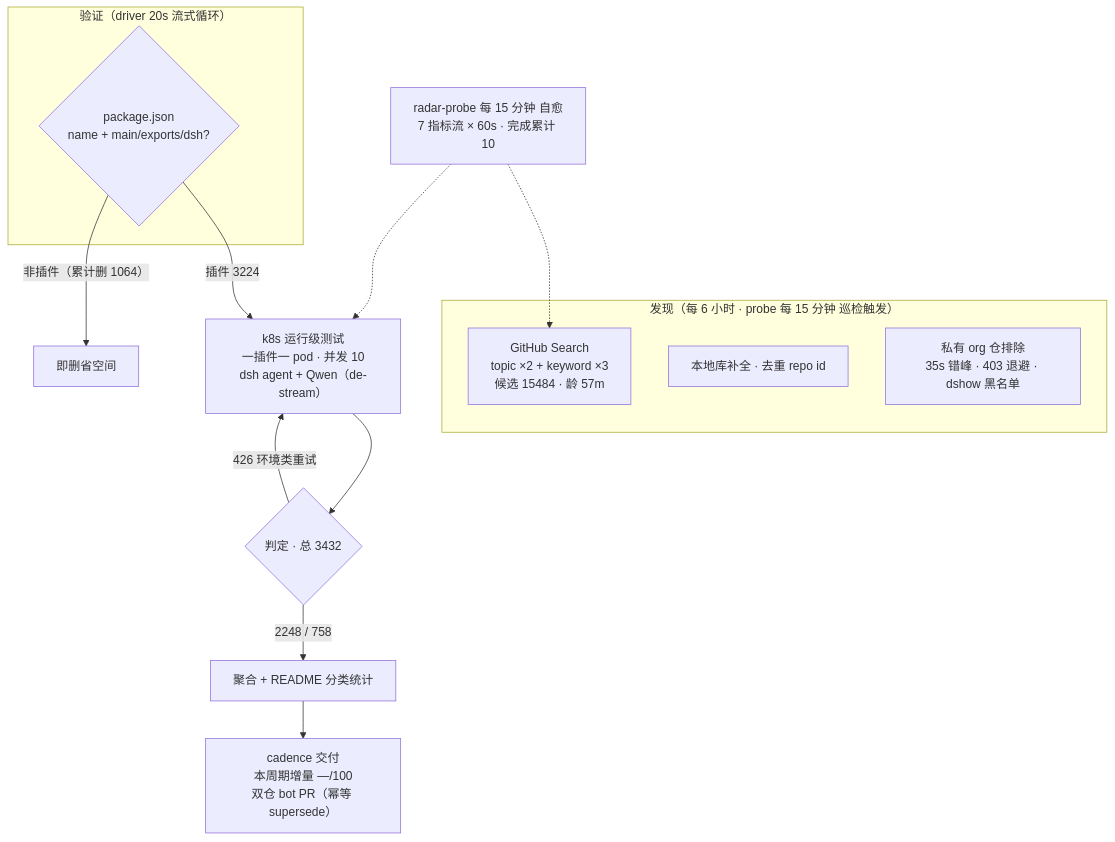
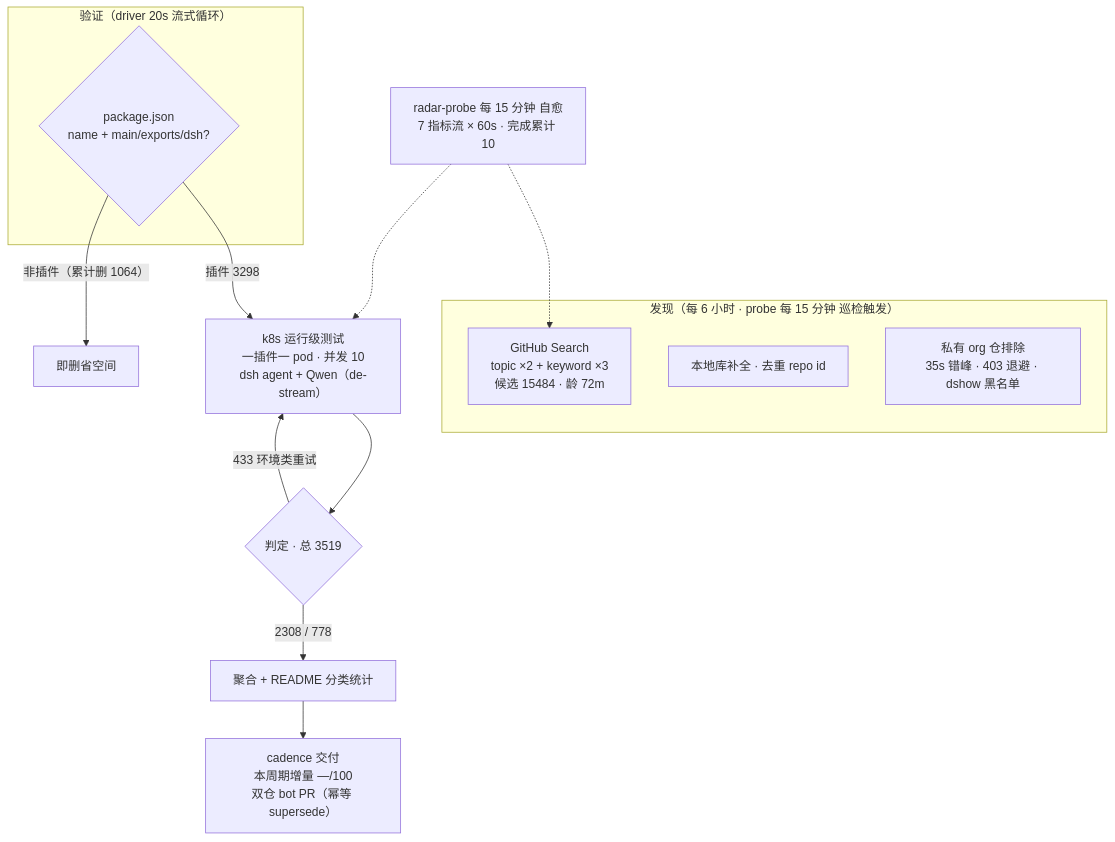
The diagram in README.md (Zhidao-Lab-OSS/awesome-dsh-plugins), drawn with Mermaid before and after one commit. The commit also changed other lines of this file and 1 other file, not shown here.

````diff
--- a/README.md
+++ b/README.md
@@ -37,20 +37,20 @@
 ```mermaid
 flowchart TB
     subgraph Discovery["发现（每 6 小时 · probe 每 15 分钟 巡检触发）"]
-        A1["GitHub Search<br/>topic ×2 + keyword ×3<br/>候选 15484 · 龄 57m"]
+        A1["GitHub Search<br/>topic ×2 + keyword ×3<br/>候选 15484 · 龄 72m"]
         A2["本地库补全 · 去重 repo id"]
         A3["私有 org 仓排除<br/>35s 错峰 · 403 退避 · dshow 黑名单"]
     end
     subgraph Validation["验证（driver 20s 流式循环）"]
         B1{"package.json<br/>name + main/exports/dsh?"}
     end
-    B1 -->|"插件 3224"| C1["k8s 运行级测试<br/>一插件一 pod · 并发 10<br/>dsh agent + Qwen（de-stream）"]
+    B1 -->|"插件 3298"| C1["k8s 运行级测试<br/>一插件一 pod · 并发 10<br/>dsh agent + Qwen（de-stream）"]
     B1 -->|"非插件（累计删 1064）"| B3["即删省空间"]
-    C1 --> D1{"判定 · 总 3432"}
-    D1 -->|"2248 / 758"| E1["聚合 + README 分类统计"]
-    D1 -->|"426 环境类重试"| C1
+    C1 --> D1{"判定 · 总 3519"}
+    D1 -->|"2308 / 778"| E1["聚合 + README 分类统计"]
+    D1 -->|"433 环境类重试"| C1
     E1 --> E2["cadence 交付<br/>本周期增量 —/100<br/>双仓 bot PR（幂等 supersede）"]
     M["radar-probe 每 15 分钟 自愈<br/>7 指标流 × 60s · 完成累计 10"]
     M -.-> A1
     M -.-> C1
 ```
````
